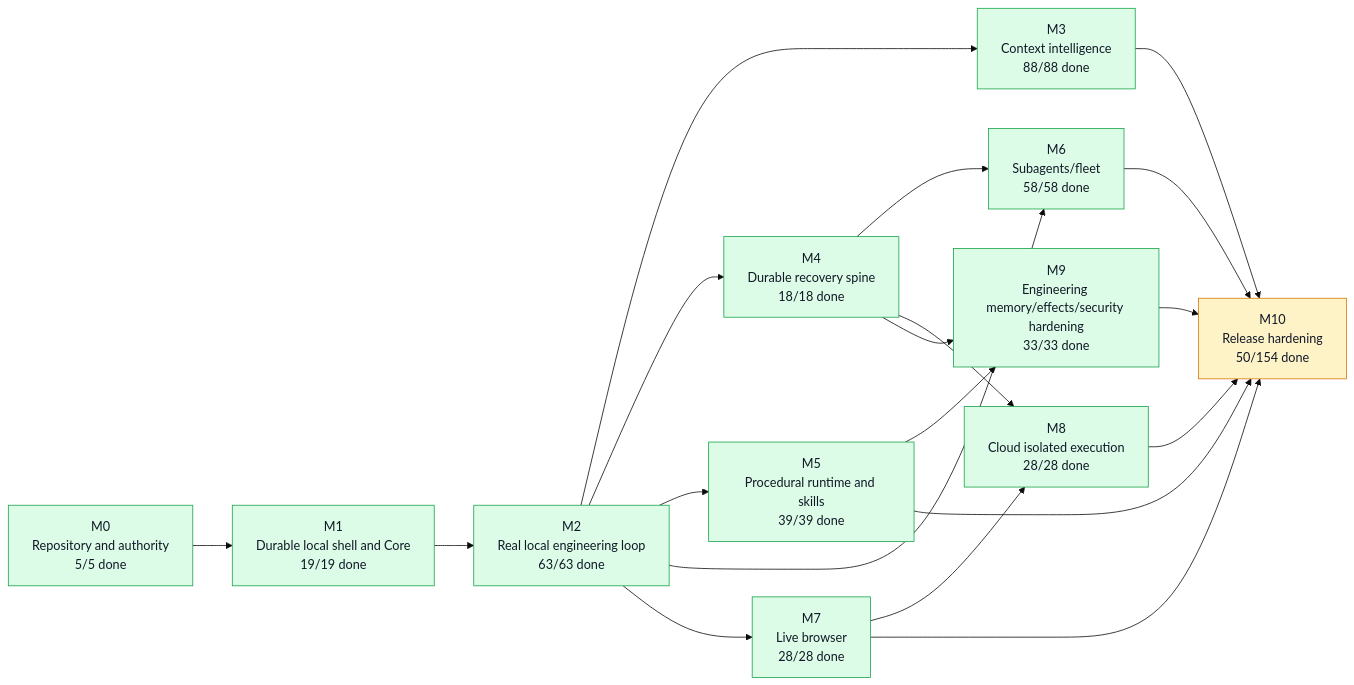
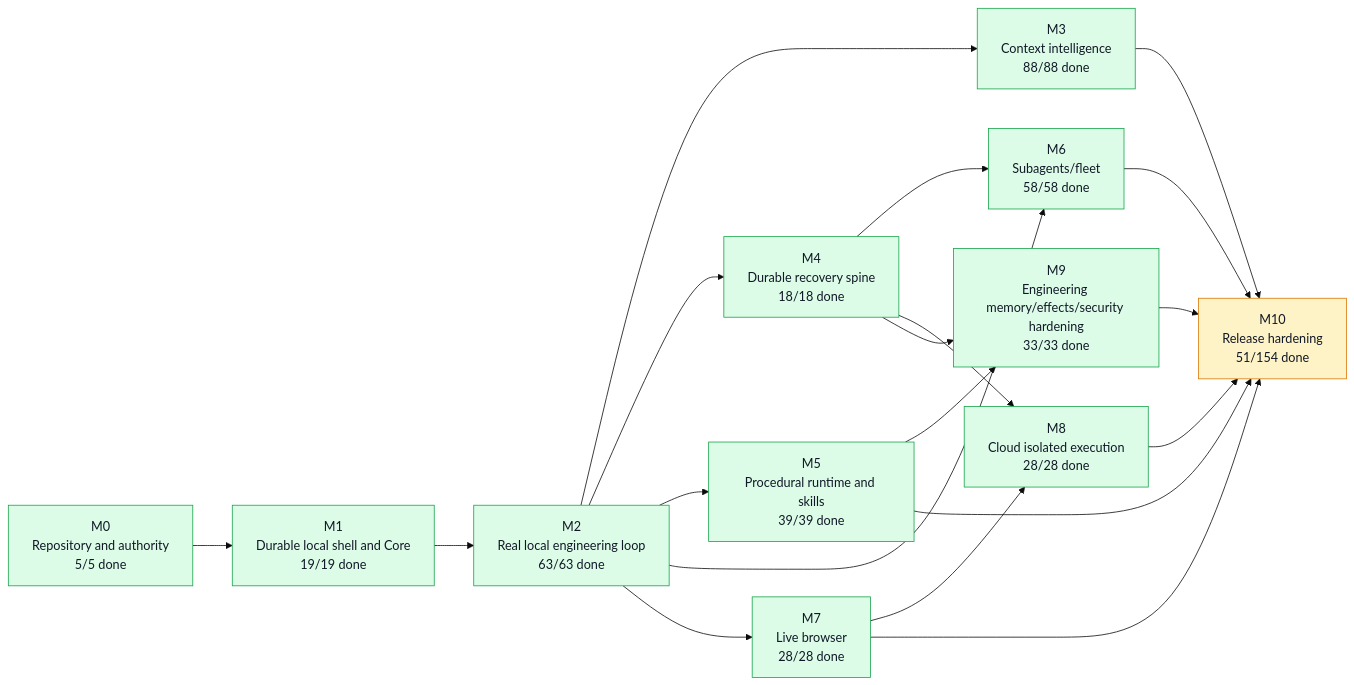
One commit to moss101/modbit changed the first of 5 diagrams in graph/PROJECT_GRAPH.md. Above: the diagram before and after it, drawn with Mermaid (base theme). The commit also changed other lines of this file and 6 other files, not shown here.

````diff
--- a/graph/PROJECT_GRAPH.md
+++ b/graph/PROJECT_GRAPH.md
@@ -57,43 +57,43 @@
 ```mermaid
 flowchart LR
   M0["M0<br/>Repository and authority<br/>5/5 done"]
   M1["M1<br/>Durable local shell and Core<br/>19/19 done"]
   M2["M2<br/>Real local engineering loop<br/>63/63 done"]
   M3["M3<br/>Context intelligence<br/>88/88 done"]
   M4["M4<br/>Durable recovery spine<br/>18/18 done"]
   M5["M5<br/>Procedural runtime and skills<br/>39/39 done"]
   M6["M6<br/>Subagents/fleet<br/>58/58 done"]
   M7["M7<br/>Live browser<br/>28/28 done"]
   M8["M8<br/>Cloud isolated execution<br/>28/28 done"]
   M9["M9<br/>Engineering memory/effects/security hardening<br/>33/33 done"]
-  M10["M10<br/>Release hardening<br/>50/154 done"]
+  M10["M10<br/>Release hardening<br/>51/154 done"]
   M0 --> M1
   M1 --> M2
   M2 --> M3
   M2 --> M4
   M2 --> M5
   M2 --> M6
   M4 --> M6
   M2 --> M7
   M4 --> M8
   M7 --> M8
   M4 --> M9
   M5 --> M9
   M3 --> M10
   M5 --> M10
   M6 --> M10
   M7 --> M10
   M8 --> M10
   M9 --> M10
   style M0 fill:#dcfce7,stroke:#16a34a,color:#111827
   style M1 fill:#dcfce7,stroke:#16a34a,color:#111827
   style M2 fill:#dcfce7,stroke:#16a34a,color:#111827
   style M3 fill:#dcfce7,stroke:#16a34a,color:#111827
   style M4 fill:#dcfce7,stroke:#16a34a,color:#111827
   style M5 fill:#dcfce7,stroke:#16a34a,color:#111827
   style M6 fill:#dcfce7,stroke:#16a34a,color:#111827
   style M7 fill:#dcfce7,stroke:#16a34a,color:#111827
   style M8 fill:#dcfce7,stroke:#16a34a,color:#111827
   style M9 fill:#dcfce7,stroke:#16a34a,color:#111827
   style M10 fill:#fef3c7,stroke:#d97706,color:#111827
 ```
````
